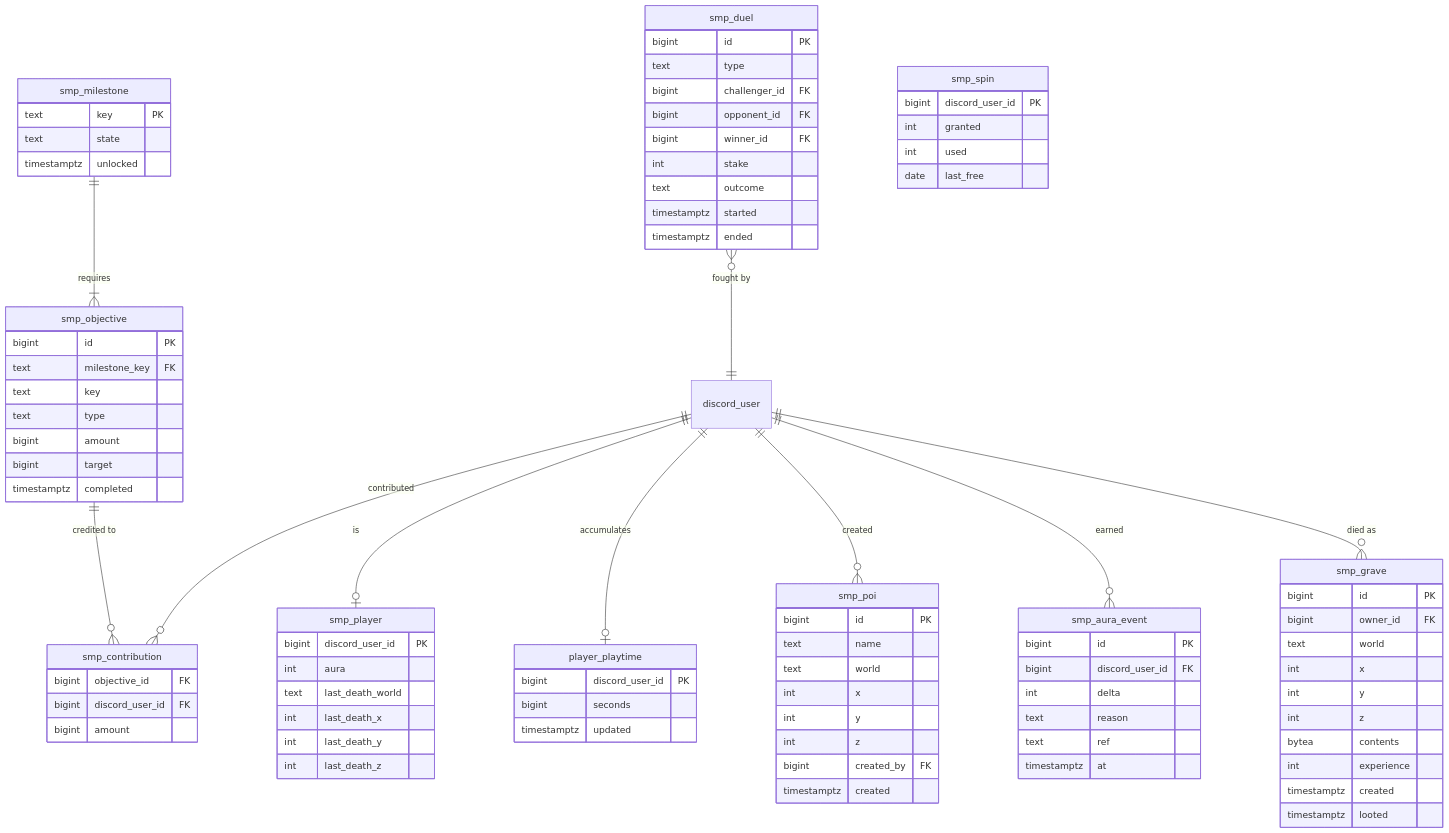
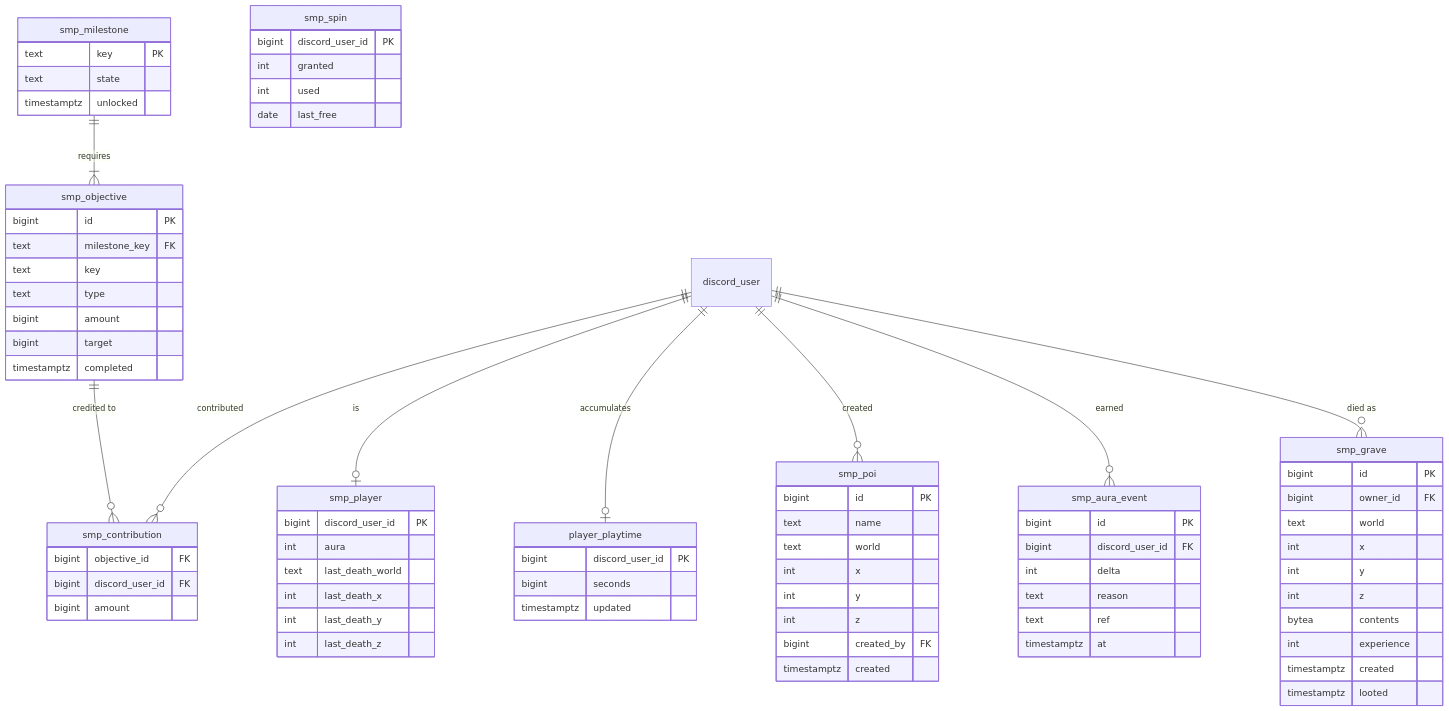
Before and after one commit to nordtal/season-2: the fifth of 5 diagrams in docs/smp.md, drawn with Mermaid. The commit also changed other lines of this file and 5 other files, not shown here.

Commit message:
docs: the presentation style sheet, and the schema after the duel table

```diff
--- a/docs/smp.md
+++ b/docs/smp.md
@@ -1014,7 +1014,6 @@
     smp_milestone ||--|{ smp_objective : requires
     smp_objective ||--o{ smp_contribution : "credited to"
     discord_user ||--o{ smp_contribution : contributed
-    smp_duel }o--|| discord_user : "fought by"
 
     smp_player {
         bigint discord_user_id PK
@@ -1066,17 +1065,6 @@
         bigint created_by FK
         timestamptz created
     }
-    smp_duel {
-        bigint id PK
-        text type
-        bigint challenger_id FK
-        bigint opponent_id FK
-        bigint winner_id FK
-        int stake
-        text outcome
-        timestamptz started
-        timestamptz ended
-    }
     smp_grave {
         bigint id PK
         bigint owner_id FK
```
